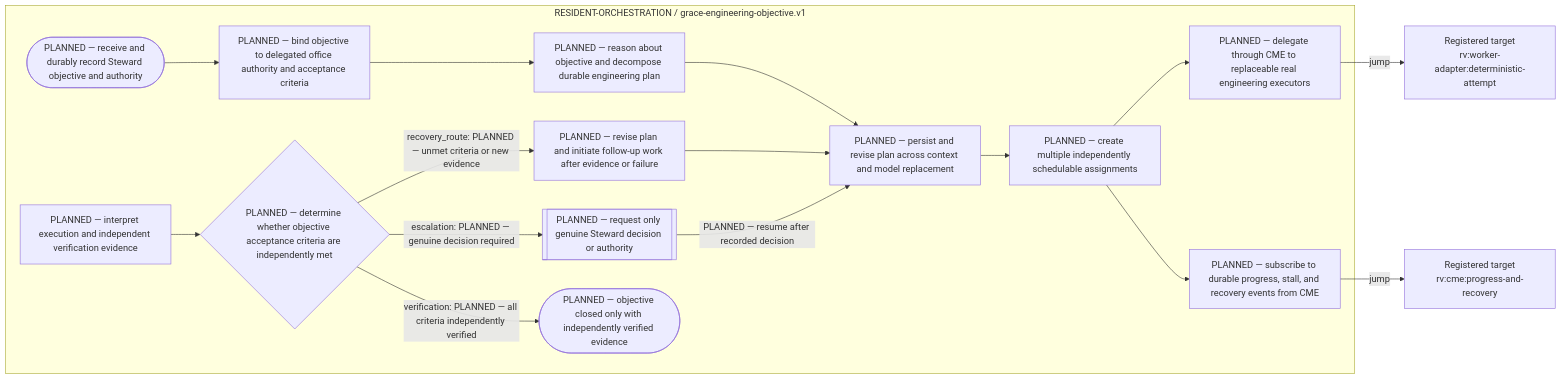
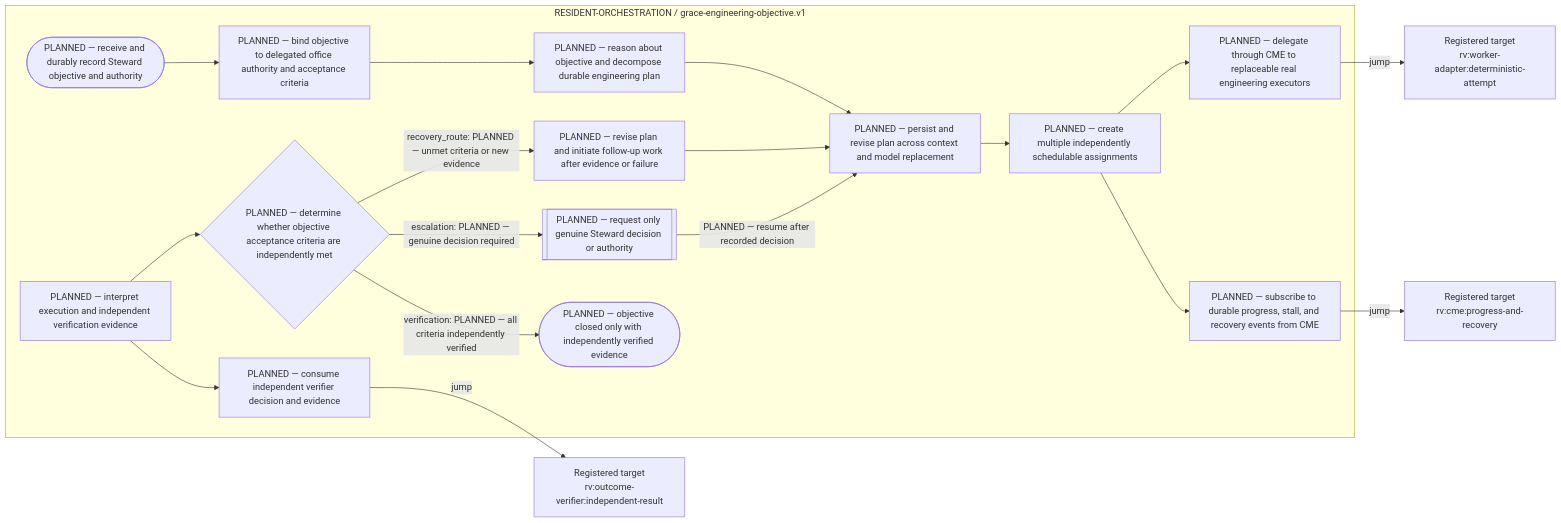
Before and after one commit to ppow1/Riverview-: the second of 2 diagrams in docs/components/GRACE_OPERATIONAL_INTEGRATION_FLOW.md, drawn with Mermaid. The commit also changed other lines of this file and 43 other files, not shown here.

Commit message:
Implement isolated M2.2 independent outcome verification

````diff
--- a/docs/components/GRACE_OPERATIONAL_INTEGRATION_FLOW.md
+++ b/docs/components/GRACE_OPERATIONAL_INTEGRATION_FLOW.md
@@ -41,34 +41,38 @@
 ```mermaid
 flowchart LR
   subgraph g_rv_grace_operational_integration["RESIDENT-ORCHESTRATION / grace-engineering-objective.v1"]
     g_rv_grace_operational_integration_objective_intake_55567c14(["PLANNED — receive and durably record Steward objective and authority"])
     g_rv_grace_operational_integration_authority_check_71ce44bf["PLANNED — bind objective to delegated office authority and acceptance criteria"]
     g_rv_grace_operational_integration_reason_decompose_d48619ca["PLANNED — reason about objective and decompose durable engineering plan"]
     g_rv_grace_operational_integration_durable_plan_26bc431c["PLANNED — persist and revise plan across context and model replacement"]
     g_rv_grace_operational_integration_assignment_fanout_81ca8043["PLANNED — create multiple independently schedulable assignments"]
     g_rv_grace_operational_integration_worker_dispatch_20506b72["PLANNED — delegate through CME to replaceable real engineering executors"]
     g_rv_grace_operational_integration_cme_progress_68f6775b["PLANNED — subscribe to durable progress, stall, and recovery events from CME"]
     g_rv_grace_operational_integration_evidence_review_600fe7b4["PLANNED — interpret execution and independent verification evidence"]
+    g_rv_grace_operational_integration_verification_feedback_3d572dc6["PLANNED — consume independent verifier decision and evidence"]
     g_rv_grace_operational_integration_objective_check_1e4d916a{"PLANNED — determine whether objective acceptance criteria are independently met"}
     g_rv_grace_operational_integration_replan_58351ccd["PLANNED — revise plan and initiate follow-up work after evidence or failure"]
     g_rv_grace_operational_integration_steward_escalation_ca57acbb[["PLANNED — request only genuine Steward decision or authority"]]
     g_rv_grace_operational_integration_objective_complete_a6f22d23(["PLANNED — objective closed only with independently verified evidence"])
   end
   g_rv_worker_adapter_deterministic_attempt_continuous_cycle_b746f9c4["Registered target<br/>rv:worker-adapter:deterministic-attempt"]
   g_rv_cme_progress_and_recovery_observe_428defda["Registered target<br/>rv:cme:progress-and-recovery"]
+  g_rv_outcome_verifier_independent_result_decision_5500806a["Registered target<br/>rv:outcome-verifier:independent-result"]
   g_rv_grace_operational_integration_objective_intake_55567c14 --> g_rv_grace_operational_integration_authority_check_71ce44bf
   g_rv_grace_operational_integration_authority_check_71ce44bf --> g_rv_grace_operational_integration_reason_decompose_d48619ca
   g_rv_grace_operational_integration_reason_decompose_d48619ca --> g_rv_grace_operational_integration_durable_plan_26bc431c
   g_rv_grace_operational_integration_durable_plan_26bc431c --> g_rv_grace_operational_integration_assignment_fanout_81ca8043
   g_rv_grace_operational_integration_assignment_fanout_81ca8043 --> g_rv_grace_operational_integration_worker_dispatch_20506b72
   g_rv_grace_operational_integration_worker_dispatch_20506b72 -->|jump| g_rv_worker_adapter_deterministic_attempt_continuous_cycle_b746f9c4
   g_rv_grace_operational_integration_assignment_fanout_81ca8043 --> g_rv_grace_operational_integration_cme_progress_68f6775b
   g_rv_grace_operational_integration_cme_progress_68f6775b -->|jump| g_rv_cme_progress_and_recovery_observe_428defda
   g_rv_grace_operational_integration_evidence_review_600fe7b4 --> g_rv_grace_operational_integration_objective_check_1e4d916a
+  g_rv_grace_operational_integration_evidence_review_600fe7b4 --> g_rv_grace_operational_integration_verification_feedback_3d572dc6
+  g_rv_grace_operational_integration_verification_feedback_3d572dc6 -->|jump| g_rv_outcome_verifier_independent_result_decision_5500806a
   g_rv_grace_operational_integration_objective_check_1e4d916a -->|verification: PLANNED — all criteria independently verified| g_rv_grace_operational_integration_objective_complete_a6f22d23
   g_rv_grace_operational_integration_objective_check_1e4d916a -->|recovery_route: PLANNED — unmet criteria or new evidence| g_rv_grace_operational_integration_replan_58351ccd
   g_rv_grace_operational_integration_objective_check_1e4d916a -->|escalation: PLANNED — genuine decision required| g_rv_grace_operational_integration_steward_escalation_ca57acbb
   g_rv_grace_operational_integration_replan_58351ccd --> g_rv_grace_operational_integration_durable_plan_26bc431c
   g_rv_grace_operational_integration_steward_escalation_ca57acbb -->|PLANNED — resume after recorded decision| g_rv_grace_operational_integration_durable_plan_26bc431c
   classDef failure fill:#fee,stroke:#b00,stroke-width:2px
 ```
````
